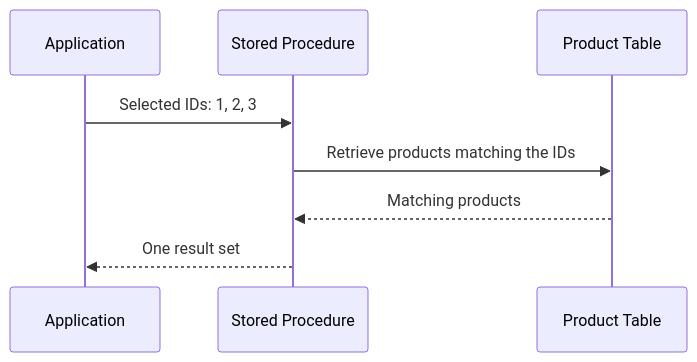
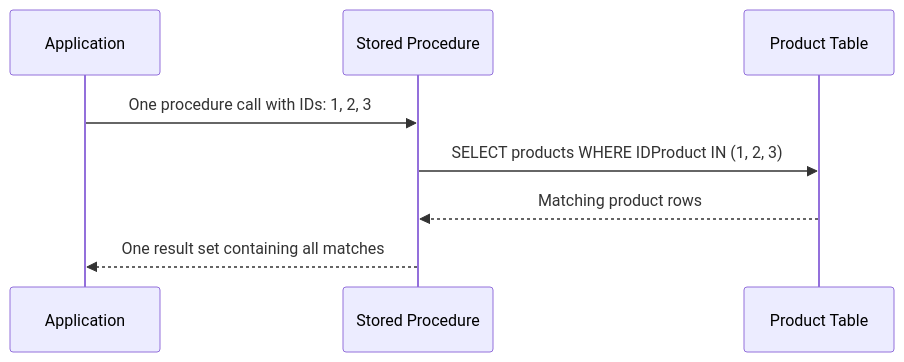
The first of 6 diagrams in labs/lab08-complex-parameters.md (tjovic/database-design-labs-public), drawn with Mermaid before and after one commit.

````diff
--- a/labs/lab08-complex-parameters.md
+++ b/labs/lab08-complex-parameters.md
@@ -121,11 +121,11 @@
 ```mermaid
 sequenceDiagram
     participant A as Application
     participant P as Stored Procedure
     participant T as Product Table
 
-    A->>P: Selected IDs: 1, 2, 3
-    P->>T: Retrieve products matching the IDs
-    T-->>P: Matching products
-    P-->>A: One result set
+    A->>P: One procedure call with IDs: 1, 2, 3
+    P->>T: SELECT products WHERE IDProduct IN (1, 2, 3)
+    T-->>P: Matching product rows
+    P-->>A: One result set containing all matches
 ```
````
